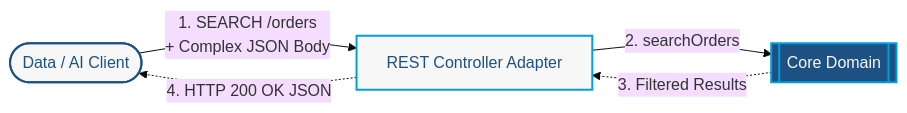
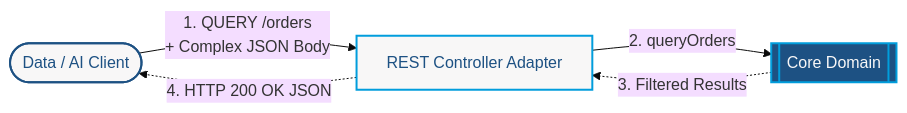
One commit to bpbpublications/Practical-Software-Architecture-Patterns-with-Java changed the diagram in chapter-06/diagrams/diagram-02.md. Above: the diagram before and after it, drawn with Mermaid (base theme).

Commit message:
update diagram-02.md to use query terminology in order flow

````diff
--- a/chapter-06/diagrams/diagram-02.md
+++ b/chapter-06/diagrams/diagram-02.md
@@ -1,11 +1,11 @@
 ```mermaid
 flowchart LR
-    Client([Data / AI Client]) -->|1. SEARCH /orders<br>+ Complex JSON Body| API[REST Controller Adapter]
-    API -->|2. searchOrders| Domain[[Core Domain]]
+    Client([Data / AI Client]) -->|1. QUERY /orders<br>+ Complex JSON Body| API[REST Controller Adapter]
+    API -->|2. queryOrders| Domain[[Core Domain]]
     Domain -.->|3. Filtered Results| API
     API -.->|4. HTTP 200 OK JSON| Client
 
     style Client fill:#F8F7F7,stroke:#1D5183,stroke-width:2px,color:#1D5183
     style API fill:#F8F7F7,stroke:#019DDC,stroke-width:2px,color:#1D5183
     style Domain fill:#1D5183,stroke:#019DDC,stroke-width:2px,color:#F8F7F7
 ```
````
